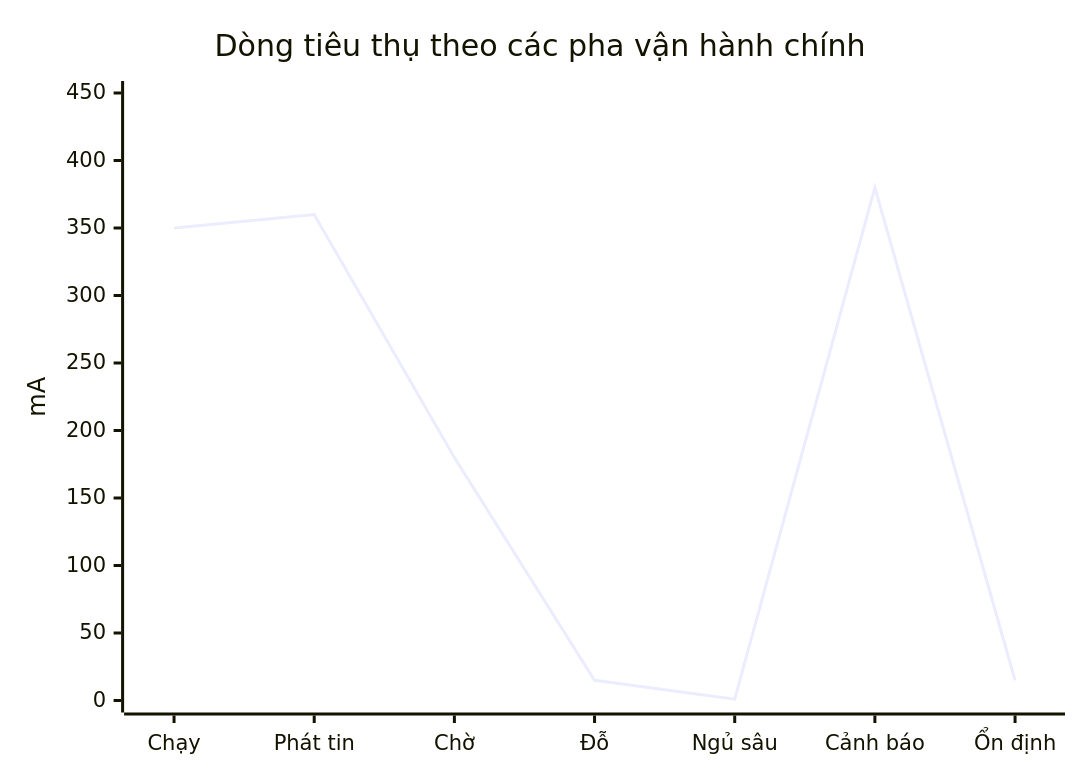
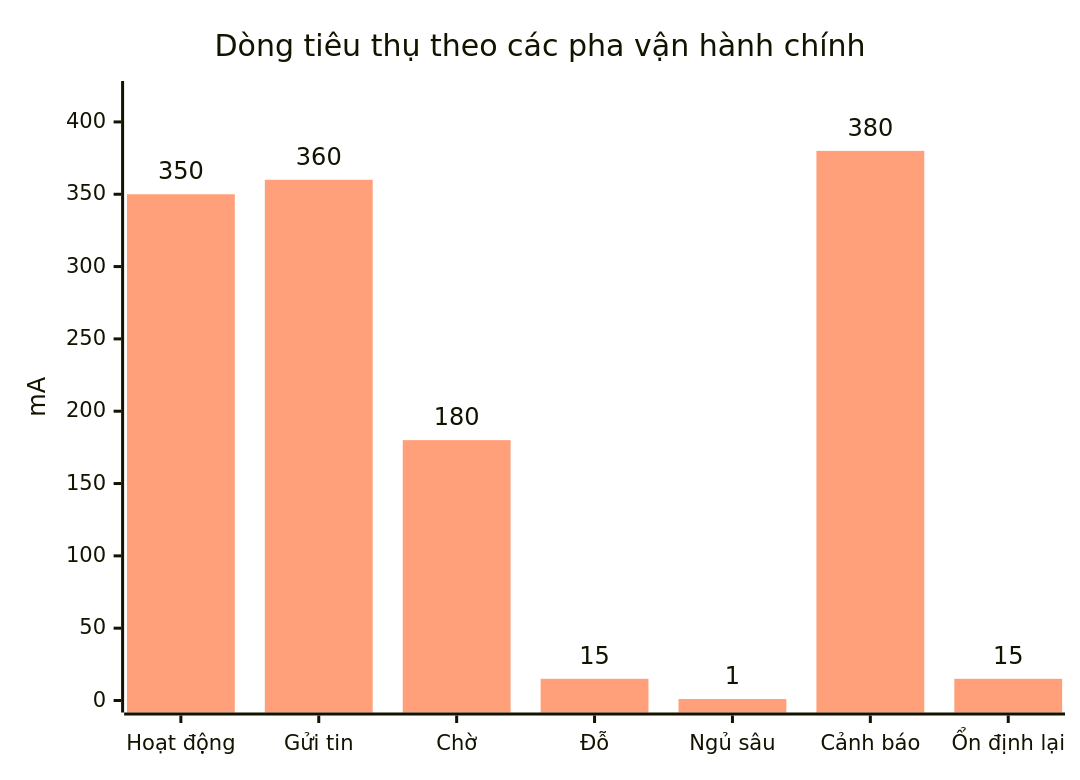
One commit to anmh1205/IoT_Vehicle_Tracking_System changed the diagram in resources/reports/thesis/final/assets/uml/10-chuong-4-ket-qua-do-luong-hinh-4-23.mmd. Above: the diagram before and after it, drawn with Mermaid. The commit also changed 75 other files, not shown here.

```diff
--- a/resources/reports/thesis/final/assets/uml/10-chuong-4-ket-qua-do-luong-hinh-4-23.mmd
+++ b/resources/reports/thesis/final/assets/uml/10-chuong-4-ket-qua-do-luong-hinh-4-23.mmd
@@ -1,5 +1,14 @@
+---
+config:
+  xyChart:
+    showDataLabel: true
+    showDataLabelOutsideBar: true
+  themeVariables:
+    xyChart:
+      plotColorPalette: "#FFA07A"
+---
 xychart-beta
     title "Dòng tiêu thụ theo các pha vận hành chính"
-    x-axis ["Chạy", "Phát tin", "Chờ", "Đỗ", "Ngủ sâu", "Cảnh báo", "Ổn định"]
-    y-axis "mA" 0 --> 450
-    line [350, 360, 180, 15, 1, 380, 15]
+    x-axis ["Hoạt động", "Gửi tin", "Chờ", "Đỗ", "Ngủ sâu", "Cảnh báo", "Ổn định lại"]
+    y-axis "mA" 0 --> 420
+    bar [350, 360, 180, 15, 1, 380, 15]
```
